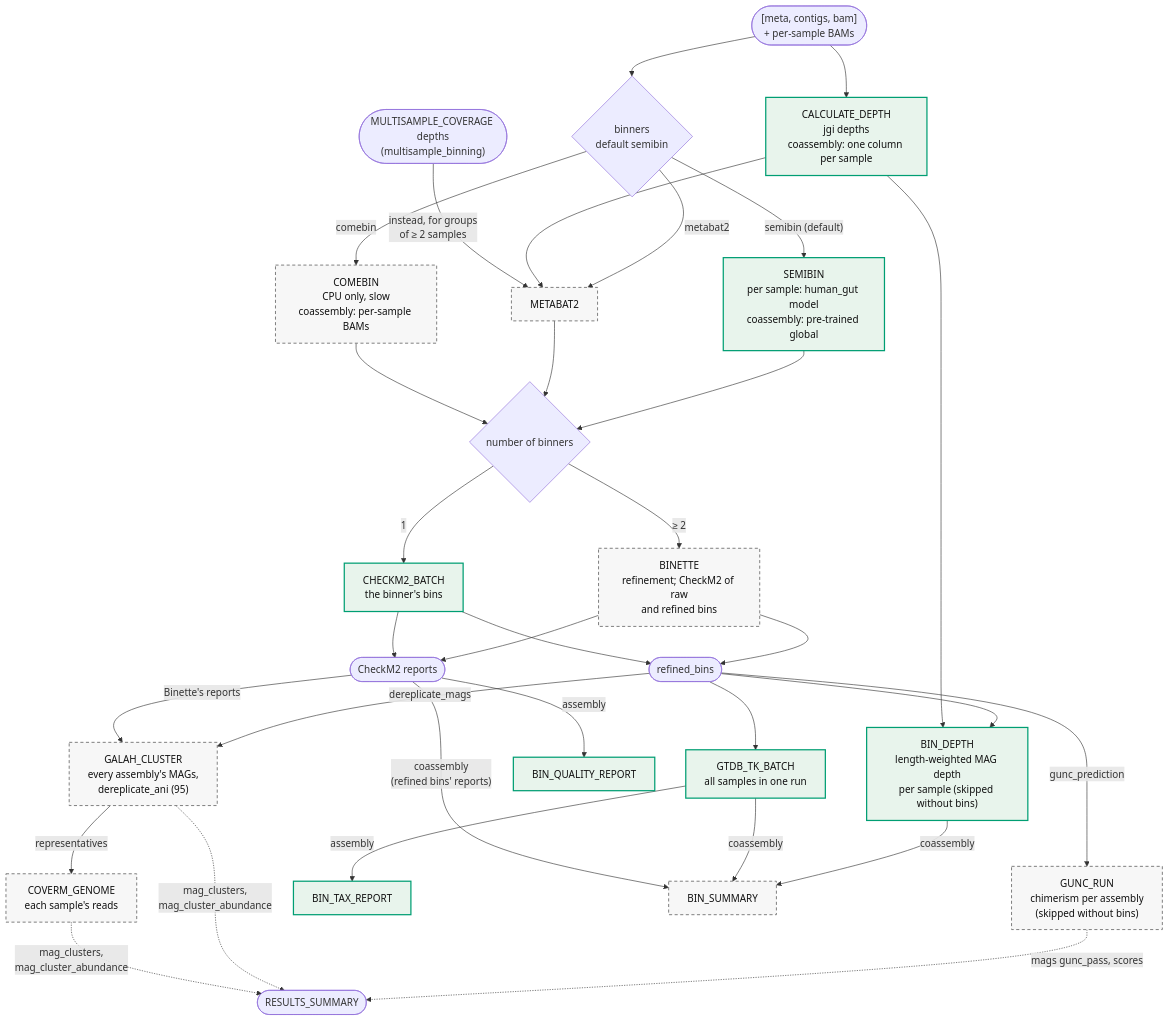
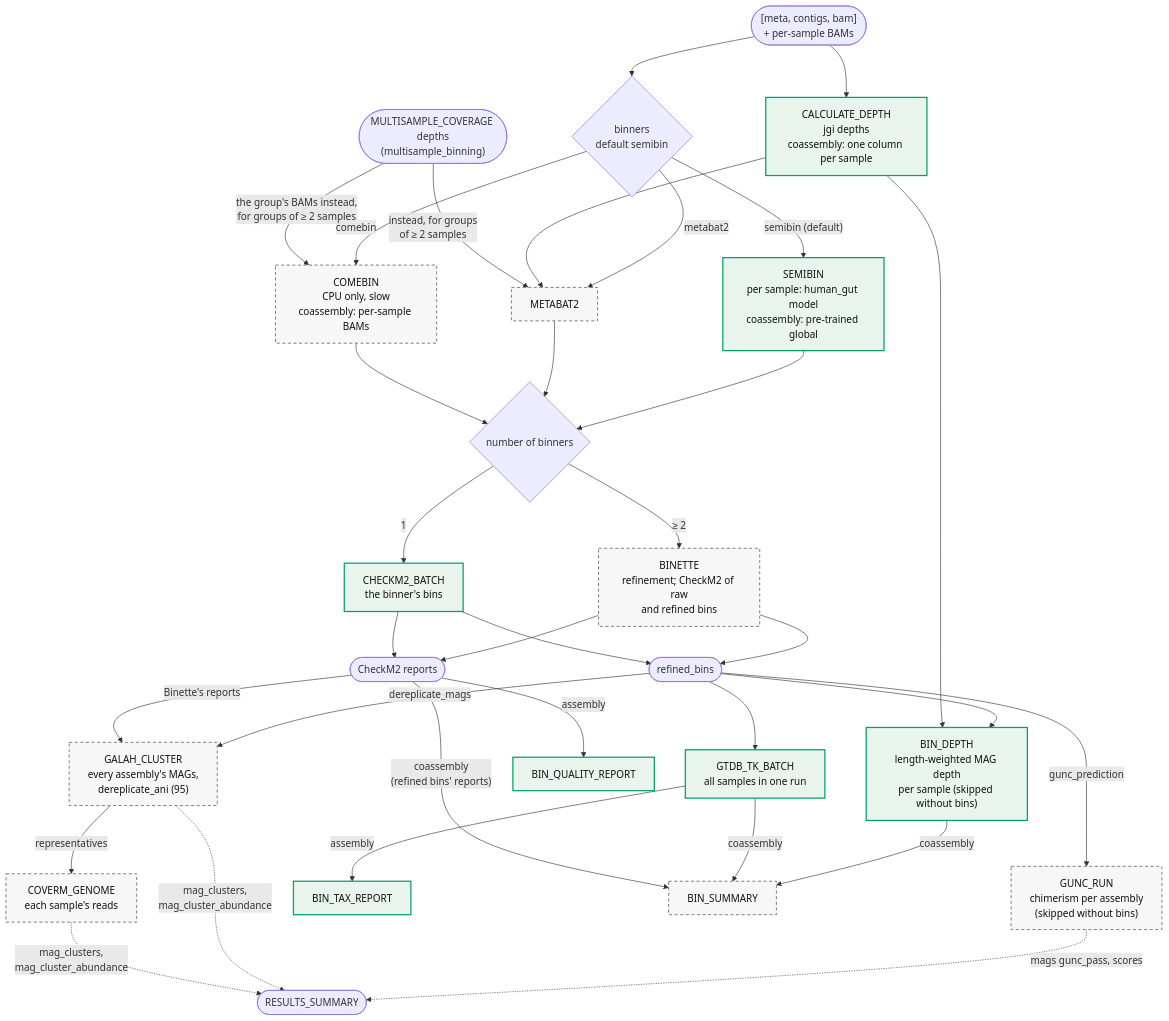
One commit to gene2dis/BugBuster changed the eighth of 14 diagrams in docs/WORKFLOW_DIAGRAM.md. Above: the diagram before and after it, drawn with Mermaid. The commit also changed other lines of this file and 15 other files, not shown here.

First line of the commit message:
feat(binning): COMEBin on the group's BAMs under --multisample_binning

````diff
--- a/docs/WORKFLOW_DIAGRAM.md
+++ b/docs/WORKFLOW_DIAGRAM.md
@@ -312,37 +312,38 @@
 ```mermaid
 flowchart TD
     In(["[meta, contigs, bam]<br/>+ per-sample BAMs"]) --> CALCULATE_DEPTH["CALCULATE_DEPTH<br/>jgi depths<br/>coassembly: one column per sample"]
     In --> Sel{binners<br/>default semibin}
     Sel -->|"semibin (default)"| SEMIBIN["SEMIBIN<br/>per sample: human_gut model<br/>coassembly: pre-trained global"]
     Sel -->|metabat2| METABAT2
     CALCULATE_DEPTH --> METABAT2
     MultiDepth(["MULTISAMPLE_COVERAGE depths<br/>(multisample_binning)"]) -->|"instead, for groups<br/>of ≥ 2 samples"| METABAT2
     Sel -->|comebin| COMEBIN["COMEBIN<br/>CPU only, slow<br/>coassembly: per-sample BAMs"]
+    MultiDepth -->|"the group's BAMs instead,<br/>for groups of ≥ 2 samples"| COMEBIN
 
     SEMIBIN & METABAT2 & COMEBIN --> N{number of binners}
     N -->|"≥ 2"| BINETTE["BINETTE<br/>refinement; CheckM2 of raw<br/>and refined bins"]
     N -->|1| CHECKM2_BATCH["CHECKM2_BATCH<br/>the binner's bins"]
     BINETTE & CHECKM2_BATCH --> Bins(["refined_bins"])
     Bins --> GTDB_TK_BATCH["GTDB_TK_BATCH<br/>all samples in one run"]
     Bins -->|gunc_prediction| GUNC_RUN["GUNC_RUN<br/>chimerism per assembly<br/>(skipped without bins)"]
     GUNC_RUN -.->|"mags gunc_pass, scores"| Summary(["RESULTS_SUMMARY"])
     Bins -->|dereplicate_mags| GALAH_CLUSTER["GALAH_CLUSTER<br/>every assembly's MAGs,<br/>dereplicate_ani (95)"]
     Quality -->|Binette's reports| GALAH_CLUSTER
     GALAH_CLUSTER -->|representatives| COVERM_GENOME["COVERM_GENOME<br/>each sample's reads"]
     GALAH_CLUSTER & COVERM_GENOME -.->|"mag_clusters,<br/>mag_cluster_abundance"| Summary
 
     BINETTE & CHECKM2_BATCH --> Quality(["CheckM2 reports"])
 
     Quality -->|assembly| BIN_QUALITY_REPORT
     GTDB_TK_BATCH -->|assembly| BIN_TAX_REPORT
     Bins --> BIN_DEPTH["BIN_DEPTH<br/>length-weighted MAG depth<br/>per sample (skipped without bins)"]
     CALCULATE_DEPTH --> BIN_DEPTH
     BIN_DEPTH -->|coassembly| BIN_SUMMARY
     GTDB_TK_BATCH -->|coassembly| BIN_SUMMARY
     Quality -->|"coassembly<br/>(refined bins' reports)"| BIN_SUMMARY
 
     classDef on fill:#E8F4EC,stroke:#009E73,stroke-width:2px,color:#111
     classDef opt fill:#F7F7F7,stroke:#777,stroke-width:1.5px,stroke-dasharray:5 4,color:#111
     class SEMIBIN,CHECKM2_BATCH,GTDB_TK_BATCH,BIN_QUALITY_REPORT,BIN_TAX_REPORT,CALCULATE_DEPTH,BIN_DEPTH on
     class METABAT2,COMEBIN,BINETTE,BIN_SUMMARY,GUNC_RUN,GALAH_CLUSTER,COVERM_GENOME opt
 ```
````
